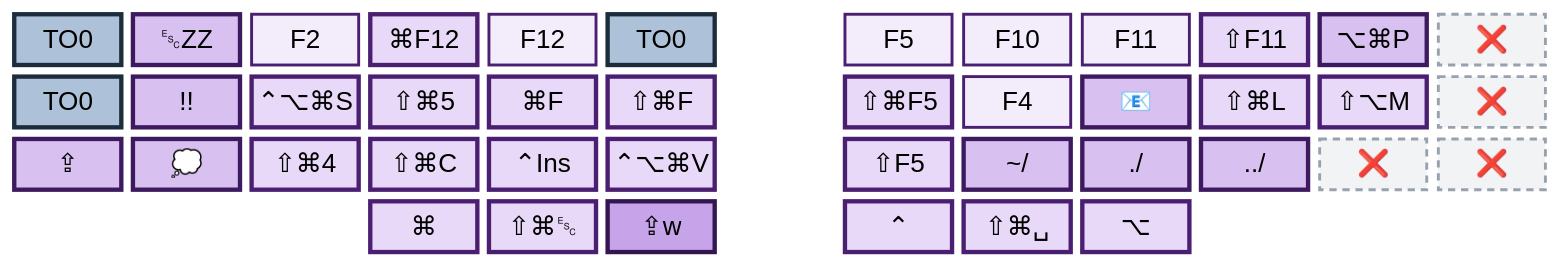
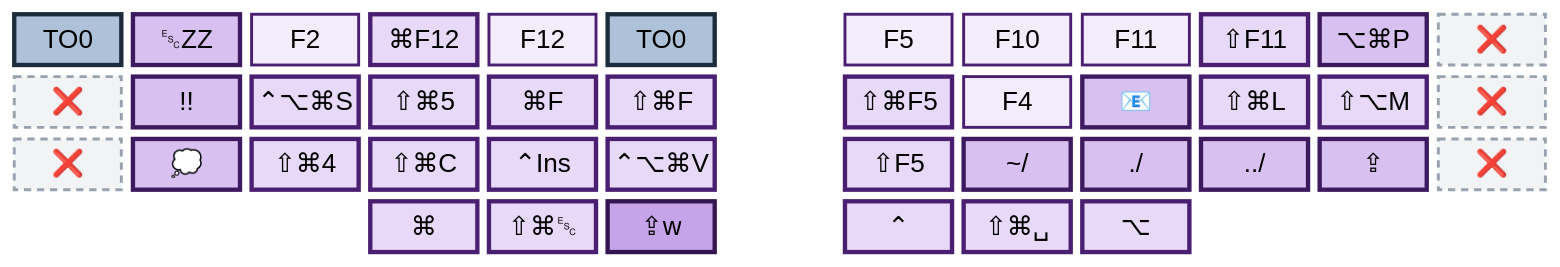
Before and after one commit to abloch/zmk-corne: the fifth of 6 diagrams in README.md, drawn with Mermaid. The commit also changed other lines of this file and 5 other files, not shown here.

````diff
--- a/README.md
+++ b/README.md
@@ -181,24 +180,24 @@
 ```mermaid
 %%{init: {'theme':'base','themeVariables':{'primaryColor':'#f3ecfb','primaryTextColor':'#240c39','primaryBorderColor':'#4a1f72','nodeTextColor':'#240c39','textColor':'#240c39','mainBkg':'#f3ecfb','fontSize':'18px'}}}%%
 block
 columns 13
 
   to0["TO0"] vz["␛ZZ"] f2["F2"] gf["⌘F12"] lf12["F12"] t0b["TO0"] space f5["F5"] f10["F10"] f11["F11"] s11["⇧F11"] ap["⌥⌘P"] x1["❌"]
-  t0c["TO0"] rr["!!"] rec["⌃⌥⌘S"] c5["⇧⌘5"] fnd["⌘F"] fna["⇧⌘F"] space sgf5["⇧⌘F5"] f4["F4"] mai["📧"] lck["⇧⌘L"] mut["⇧⌥M"] x2["❌"]
-  cl["⇪"] thk["💭"] c4["⇧⌘4"] cpy["⇧⌘C"] ins["⌃Ins"] pst["⌃⌥⌘V"] space sf5["⇧F5"] ts["~/"] ds["./"] dds["../"] x4["❌"] x3["❌"]
+  x14["❌"] rr["!!"] rec["⌃⌥⌘S"] c5["⇧⌘5"] fnd["⌘F"] fna["⇧⌘F"] space sgf5["⇧⌘F5"] f4["F4"] mai["📧"] lck["⇧⌘L"] mut["⇧⌥M"] x2["❌"]
+  x24["❌"] thk["💭"] c4["⇧⌘4"] cpy["⇧⌘C"] ins["⌃Ins"] pst["⌃⌥⌘V"] space sf5["⇧F5"] ts["~/"] ds["./"] dds["../"] cl["⇪"] x3["❌"]
   space:3 cmd["⌘"] ses["⇧⌘␛"] cw["⇪w"] space ctl["⌃"] ssp["⇧⌘␣"] alt["⌥"] space:3
 
   classDef plain fill:#f3ecfb,stroke:#4a1f72,stroke-width:2px,color:#240c39
   classDef mod fill:#e7d9f7,stroke:#4a1f72,stroke-width:3px,color:#240c39
   classDef seq fill:#d8c0f1,stroke:#3d1a5f,stroke-width:3px,color:#1c0a2c
   classDef spec fill:#c7a4e9,stroke:#33154f,stroke-width:3px,color:#160823
   classDef goL0 fill:#adc2d8,stroke:#1d2c3d,stroke-width:3px,color:#060c12
   classDef dead fill:#f2f3f5,stroke:#98a2ae,stroke-width:2px,stroke-dasharray:5 4,color:#5b6673
 
   class f2,lf12,f5,f10,f11,f4 plain
   class gf,rec,c5,fnd,fna,c4,cpy,ins,pst,s11,sgf5,lck,mut,sf5,cmd,ses,ctl,ssp,alt mod
   class vz,rr,thk,ap,mai,cl,ts,ds,dds seq
   class cw spec
-  class to0,t0b,t0c goL0
-  class x1,x2,x3,x4 dead
+  class to0,t0b goL0
+  class x1,x2,x3,x14,x24 dead
 ```
````
